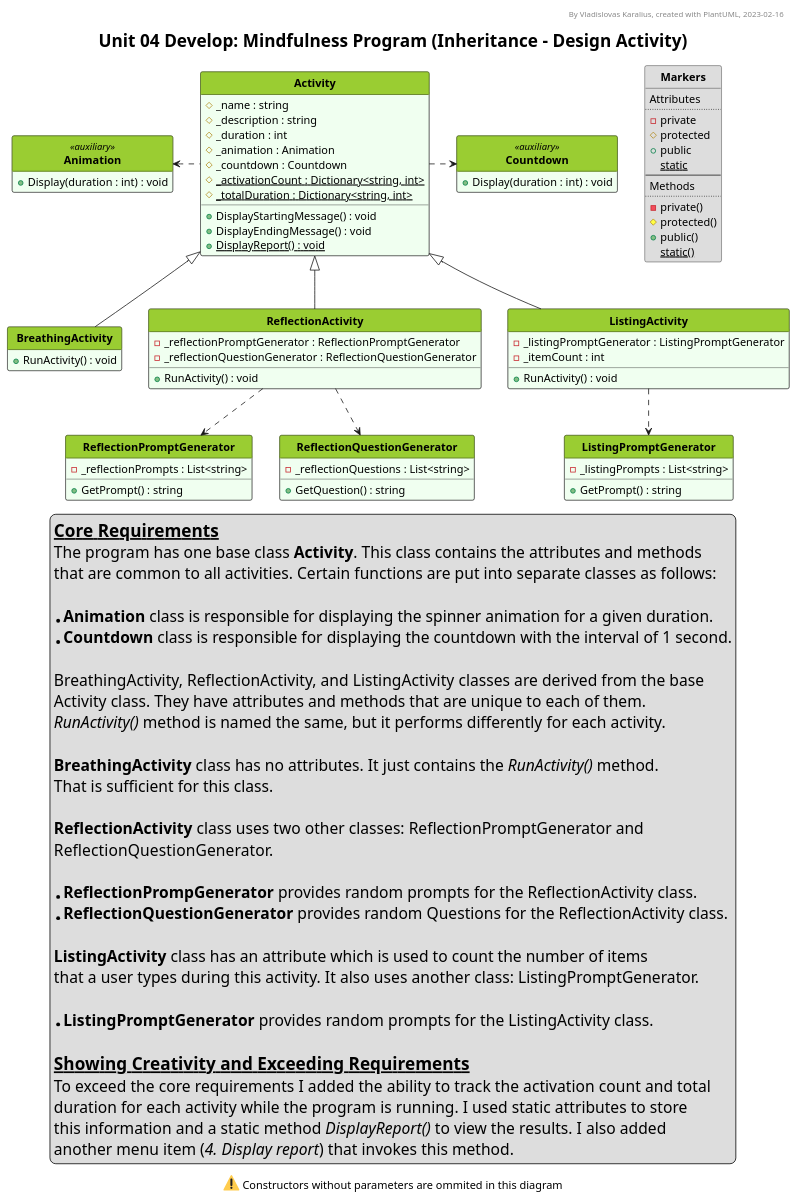
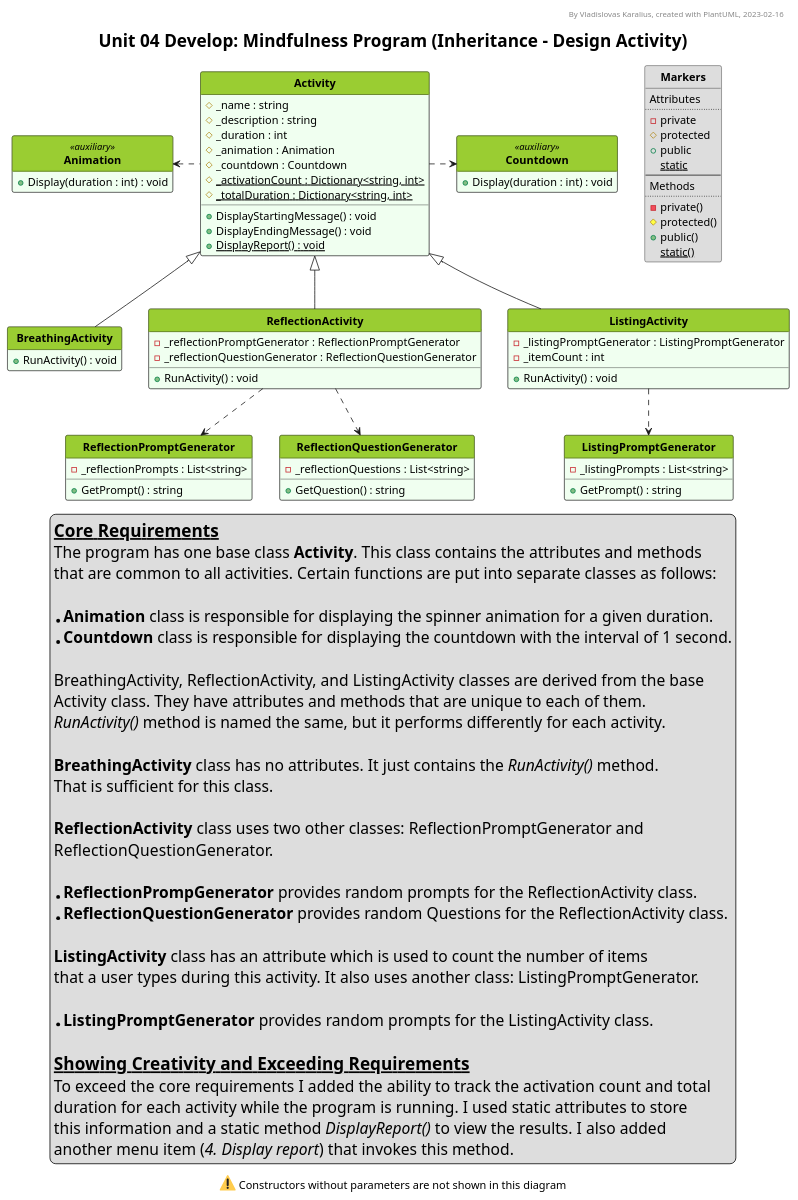
The diagram in prove/Develop04/UML_diagram.pu (VladKaralius/cse210-projects), drawn with PlantUML before and after one commit. The commit also changed 2 other files, not shown here.

```diff
--- a/prove/Develop04/UML_diagram.pu
+++ b/prove/Develop04/UML_diagram.pu
@@ -1,161 +1,161 @@
 @startuml UML_diagram
 
 '--Formatting options--
 hide circle
 hide empty members
 'skinparam classAttributeIconSize 0
 skinparam style strictuml
 'skinparam groupInheritance 2
 'skinparam linetype ortho
 'skinparam Nodesep 15
 'skinparam Ranksep 25
 'left to right direction
 
 '--Styling--
 'skinparam BackgroundColor White/LightGreen
 skinparam TitleFontSize 22
 
 <style>
 classDiagram {
   class {
     '-attributes and methods-
     'FontSize 14
     'FontColor black
     'BackgroundColor #fefece
     BackgroundColor #f0fff0
     'RoundCorner 0
     '-class name-
     header {
       'FontSize 12
       'FontColor Black
       FontStyle bold
       BackgroundColor YellowGreen
     }
   }
   note {
     BackgroundColor Yellow
   }
   legend {
     FontSize 20
   }
 </style>
 
 '--Header, title, caption--
 header By Vladislovas Karalius, created with PlantUML, 2023-02-16
 title Unit 04 Develop: Mindfulness Program (Inheritance - Design Activity)
-caption <:warning:> Constructors without parameters are ommited in this diagram
+caption <:warning:> Constructors without parameters are not shown in this diagram
 
 ' Dummy class that explains visibility symbols
 class Markers #dddddd {
 Attributes
 ..
 - private
 # protected
 + public
 {static} static
 --
 Methods
 ..
 - private()
 # protected()
 + public()
 {static} static()
 }
 
 '--Main--
 class Activity {
   # _name : string
   # _description : string
   # _duration : int
   # _animation : Animation
   # _countdown : Countdown
   # {static} _activationCount : Dictionary<string, int>
   # {static} _totalDuration : Dictionary<string, int>
   + DisplayStartingMessage() : void
   + DisplayEndingMessage() : void
   + {static} DisplayReport() : void
 }
 
 class BreathingActivity {
   + RunActivity() : void
 }
 
 class ReflectionActivity {
   - _reflectionPromptGenerator : ReflectionPromptGenerator
   - _reflectionQuestionGenerator : ReflectionQuestionGenerator
   + RunActivity() : void
 }
 
 class ListingActivity {
   - _listingPromptGenerator : ListingPromptGenerator
   - _itemCount : int
   + RunActivity() : void
 }
 
 class ReflectionPromptGenerator {
   - _reflectionPrompts : List<string>
   + GetPrompt() : string
 }
 
 class ReflectionQuestionGenerator {
   - _reflectionQuestions : List<string>
   + GetQuestion() : string
 }
 
 class ListingPromptGenerator {
   - _listingPrompts : List<string>
   + GetPrompt() : string
 }
 
 class Animation <<auxiliary>> {
   + Display(duration : int) : void
 }
 
 class Countdown <<auxiliary>> {
   + Display(duration : int) : void
 }
 
 Activity <|-- BreathingActivity
 Activity <|-- ReflectionActivity
 Activity <|-- ListingActivity
 ReflectionActivity ..> ReflectionPromptGenerator
 ReflectionActivity ..> ReflectionQuestionGenerator
 ListingActivity ..> ListingPromptGenerator
 Activity .left.> Animation
 Activity .right.> Countdown
 
 '--Description--
 legend bottom
 <size:22>__**Core Requirements**__
 The program has one base class **Activity**. This class contains the attributes and methods
 that are common to all activities. Certain functions are put into separate classes as follows:
 
 * **Animation** class is responsible for displaying the spinner animation for a given duration.
 * **Countdown** class is responsible for displaying the countdown with the interval of 1 second.
 
 BreathingActivity, ReflectionActivity, and ListingActivity classes are derived from the base
 Activity class. They have attributes and methods that are unique to each of them.
 //RunActivity()// method is named the same, but it performs differently for each activity.
 
 **BreathingActivity** class has no attributes. It just contains the //RunActivity()// method.
 That is sufficient for this class.
 
 **ReflectionActivity** class uses two other classes: ReflectionPromptGenerator and
 ReflectionQuestionGenerator.
 
 * **ReflectionPrompGenerator** provides random prompts for the ReflectionActivity class.
 * **ReflectionQuestionGenerator** provides random Questions for the ReflectionActivity class.
 
 **ListingActivity** class has an attribute which is used to count the number of items
 that a user types during this activity. It also uses another class: ListingPromptGenerator.
 
 * **ListingPromptGenerator** provides random prompts for the ListingActivity class.
 
 <size:22>__**Showing Creativity and Exceeding Requirements**__
 To exceed the core requirements I added the ability to track the activation count and total
 duration for each activity while the program is running. I used static attributes to store
 this information and a static method //DisplayReport()// to view the results. I also added
 another menu item (//4. Display report//) that invokes this method.
 endlegend
 
 @enduml
```
